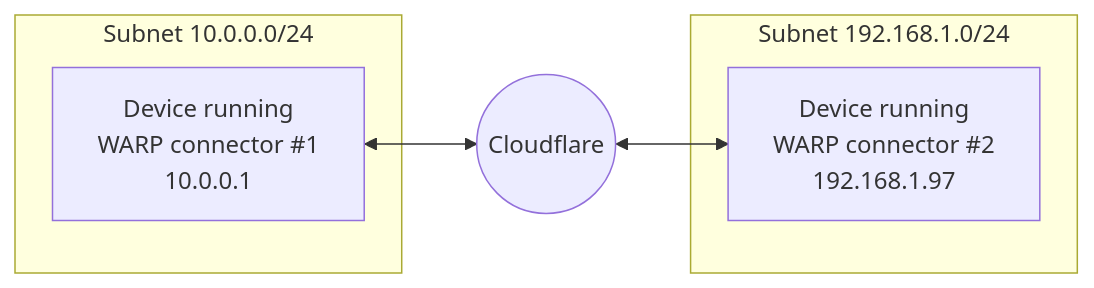
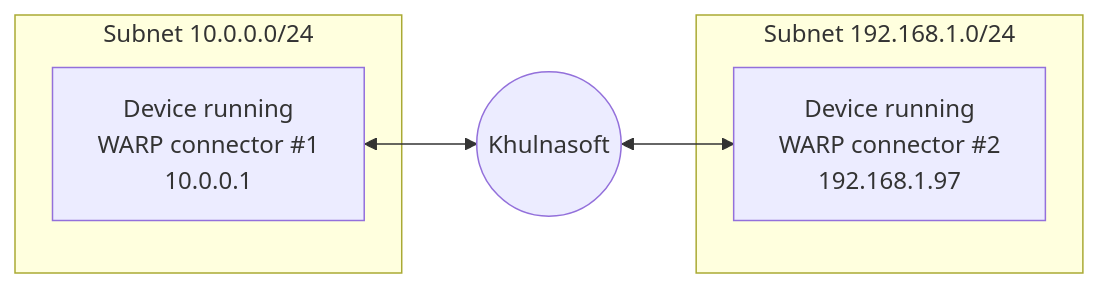
The second of 3 diagrams in content/cloudflare-one/connections/connect-networks/private-net/warp-connector.md (NxPKG/khulnasoft-docs), drawn with Mermaid before and after one commit. The commit also changed other lines of this file and 2914 other files, not shown here.

````diff
--- a/content/cloudflare-one/connections/connect-networks/private-net/warp-connector.md
+++ b/content/cloudflare-one/connections/connect-networks/private-net/warp-connector.md
@@ -182,14 +182,14 @@
     ```mermaid
         flowchart LR
           subgraph subnet1[Subnet 10.0.0.0/24]
           router1["Device running 
             WARP connector #1
             10.0.0.1"]
           end
           subgraph subnet2[Subnet 192.168.1.0/24]
             router2["Device running 
             WARP connector #2
             192.168.1.97"]
           end
-          router1<-->C((Cloudflare))<-->router2
+          router1<-->C((Khulnasoft))<-->router2
     ```
````
